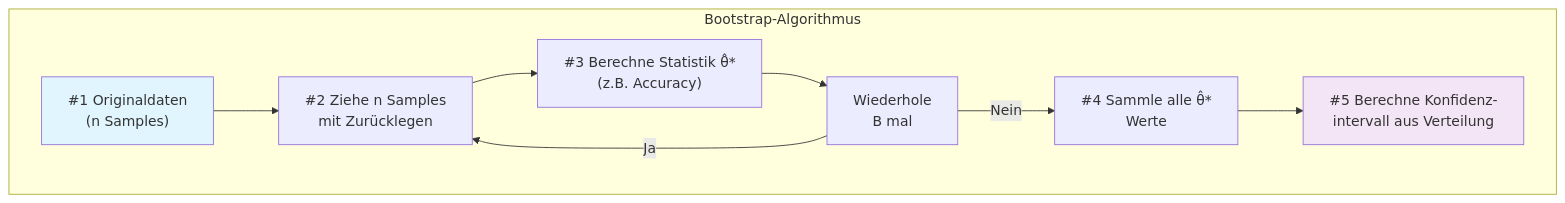
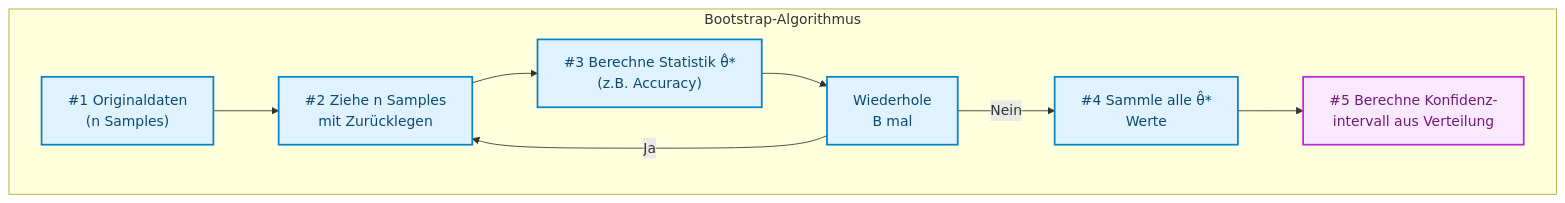
One commit to ralf-42/ML_Intro changed the third of 7 diagrams in docs/concepts/evaluate/bootstrapping.md. Above: the diagram before and after it, drawn with Mermaid. The commit also changed other lines of this file and 67 other files, not shown here.

````diff
--- a/docs/concepts/evaluate/bootstrapping.md
+++ b/docs/concepts/evaluate/bootstrapping.md
@@ -162,14 +160,15 @@
 ```mermaid
 flowchart TB
     subgraph algo["Bootstrap-Algorithmus"]
         A["#1 Originaldaten<br/>(n Samples)"] --> B["#2 Ziehe n Samples<br/>mit Zurücklegen"]
         B --> C["#3 Berechne Statistik θ̂*<br/>(z.B. Accuracy)"]
         C --> D["Wiederhole<br/>B mal"]
         D --> |"Ja"| B
         D --> |"Nein"| E["#4 Sammle alle θ̂*<br/>Werte"]
         E --> F["#5 Berechne Konfidenz-<br/>intervall aus Verteilung"]
     end
 
-    style A fill:#e1f5fe
-    style F fill:#f3e5f5
+    classDef default fill:#e0f2fe,stroke:#0284c7,stroke-width:2px,color:#0c4a6e;
+    classDef target fill:#fae8ff,stroke:#c026d3,stroke-width:2px,color:#701a75;
+    class F target;
 ```
````
